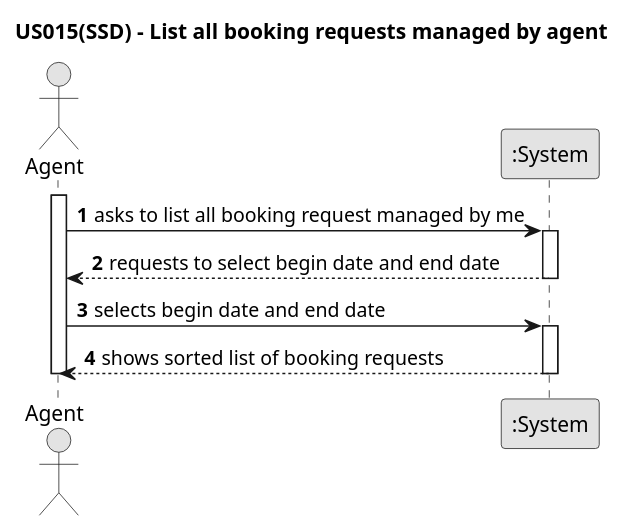
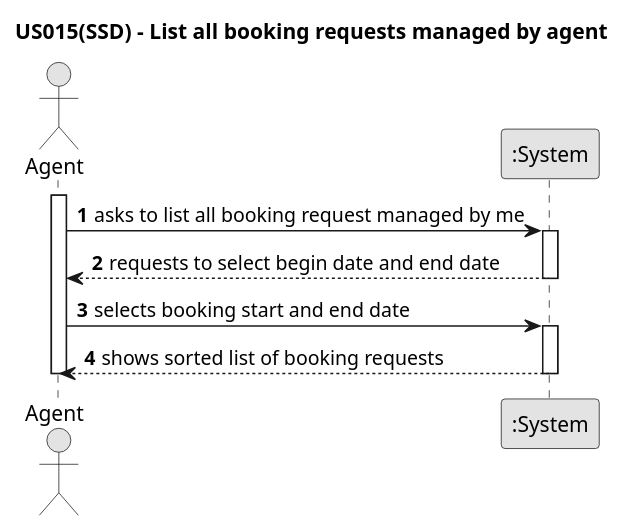
Before and after one commit to tiagohcorreia/LAPR2: the diagram in docs/sprintD/US015/01.requirements-engineering/puml/us015-SSD.puml, drawn with PlantUML. The commit also changed 2 other files, not shown here.

```diff
--- a/docs/sprintD/US015/01.requirements-engineering/puml/us015-SSD.puml
+++ b/docs/sprintD/US015/01.requirements-engineering/puml/us015-SSD.puml
@@ -1,24 +1,24 @@
 @startuml
 skinparam monochrome true
 skinparam packageStyle rectangle
 skinparam shadowing false
 
 title US015(SSD) - List all booking requests managed by agent
 
 autonumber
 
 actor "Agent" as agent
 participant ":System" as System
 
     activate agent
     agent -> System : asks to list all booking request managed by me
     activate System
     System --> agent : requests to select begin date and end date
     deactivate System
-    agent -> System : selects begin date and end date
+    agent -> System : selects booking start and end date
     activate System
     System --> agent : shows sorted list of booking requests
     deactivate System
 
 deactivate agent
 @enduml
```
